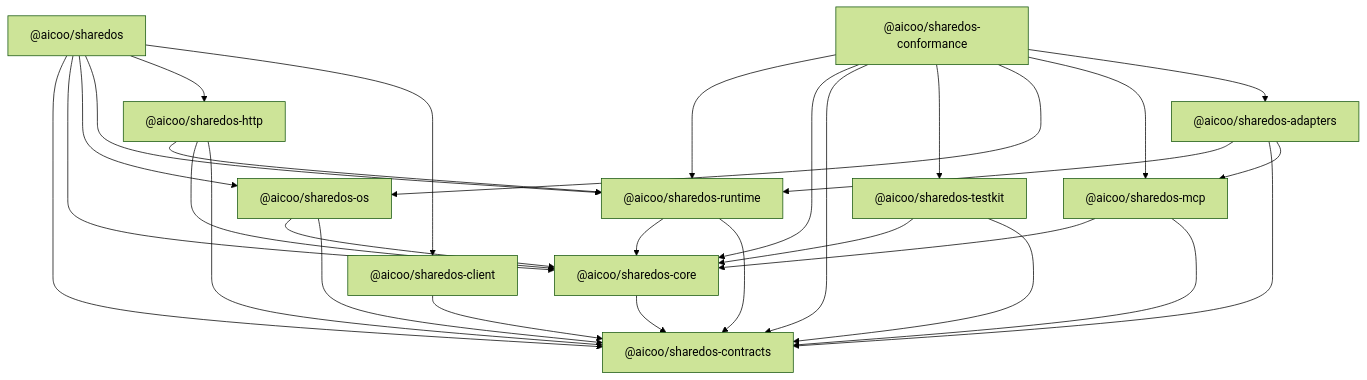
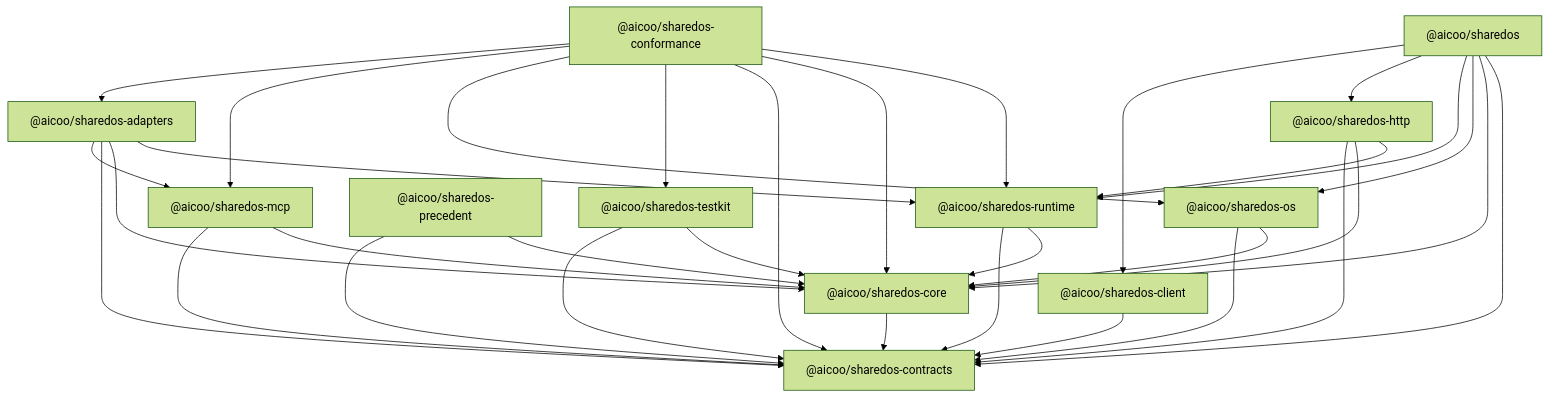
The first of 2 diagrams in docs/architecture.md (Aicoo-Team/SharedOS), drawn with Mermaid (forest theme) before and after one commit. The commit also changed other lines of this file and 9 other files, not shown here.

````diff
--- a/docs/architecture.md
+++ b/docs/architecture.md
@@ -35,33 +35,36 @@
 ```mermaid
 flowchart TD
   CT["@aicoo/sharedos-contracts"]
   CO["@aicoo/sharedos-core"] --> CT
   OS["@aicoo/sharedos-os"] --> CO
   OS --> CT
   RT["@aicoo/sharedos-runtime"] --> CO
   RT --> CT
   HT["@aicoo/sharedos-http"] --> RT
   HT --> CO
   HT --> CT
   CL["@aicoo/sharedos-client"] --> CT
   SDK["@aicoo/sharedos"] --> CT
   SDK --> CO
   SDK --> OS
   SDK --> RT
   SDK --> HT
   SDK --> CL
   TK["@aicoo/sharedos-testkit"] --> CO
   TK --> CT
   CF["@aicoo/sharedos-conformance"] --> RT
   CF --> CO
   CF --> CT
   CF --> TK
+  PR["@aicoo/sharedos-precedent"] --> CO
+  PR --> CT
   AD["@aicoo/sharedos-adapters"] --> RT
+  AD --> CO
   AD --> CT
   AD --> MCP
   MCP["@aicoo/sharedos-mcp"] --> CO
   MCP --> CT
   CF --> OS
   CF --> MCP
   CF --> AD
 ```
````
